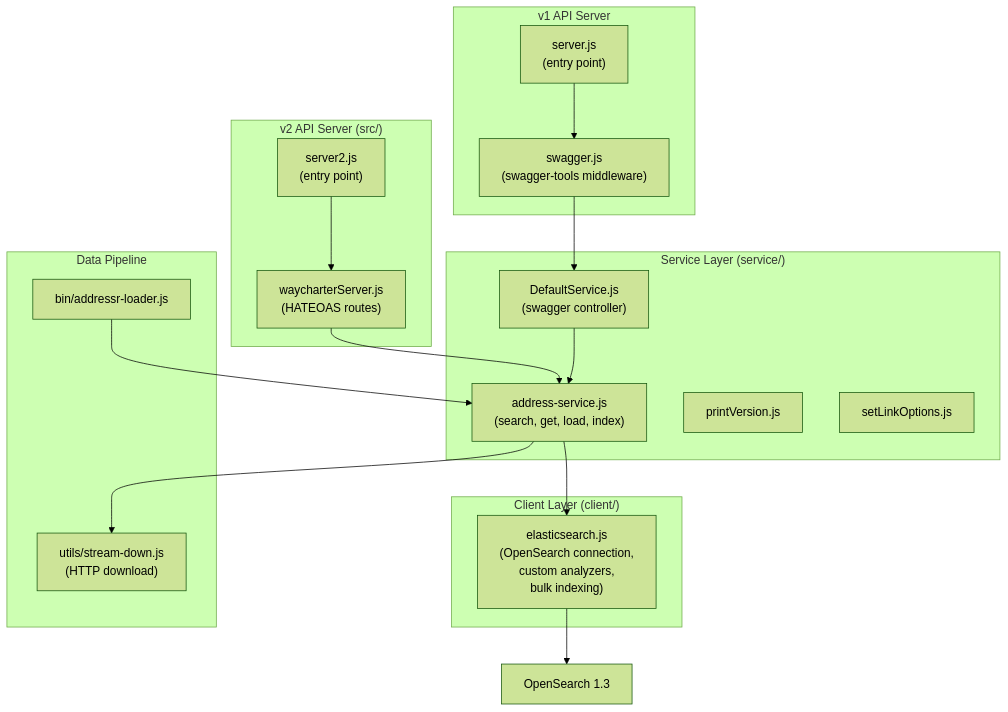
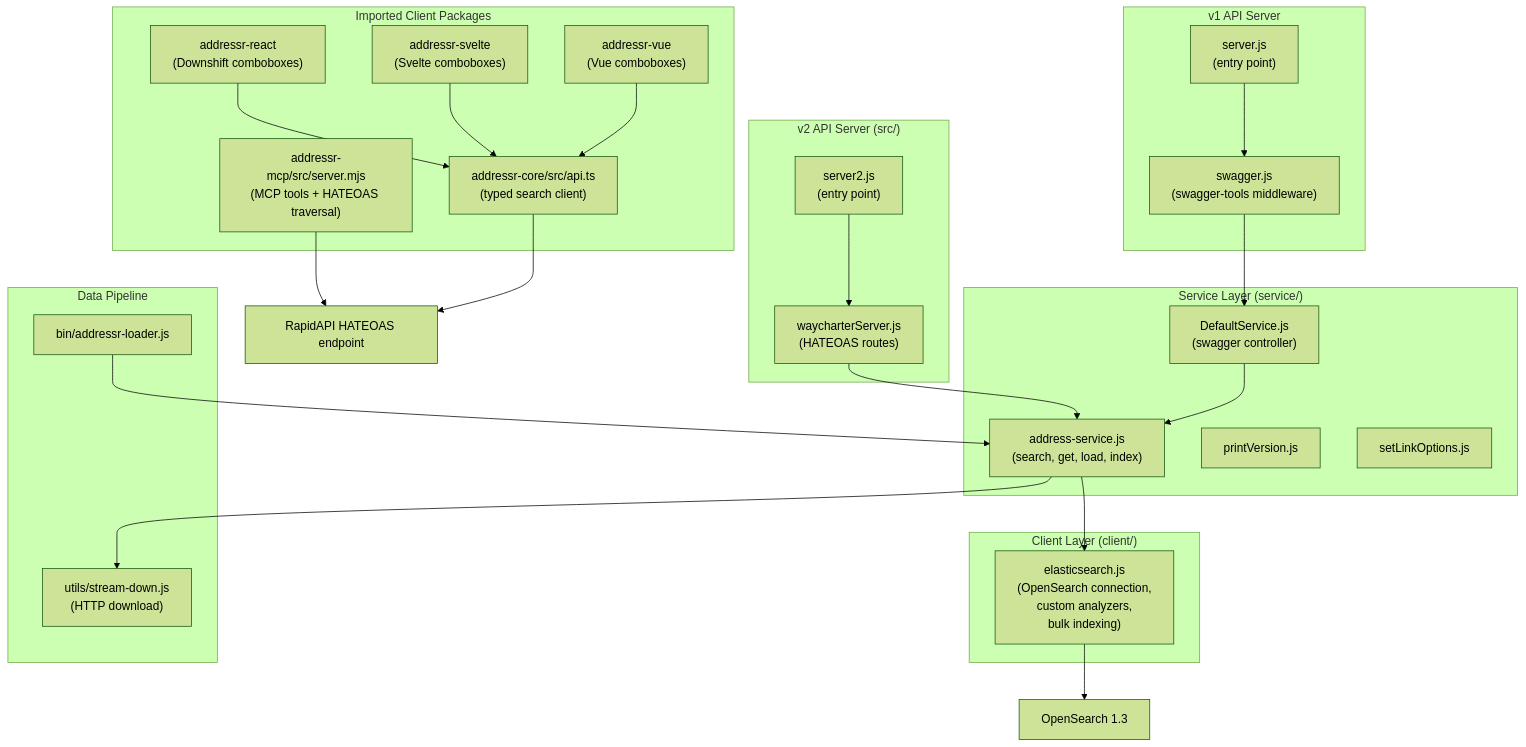
One commit to mountain-pass/addressr changed the third of 7 diagrams in docs/architecture/C4_MODEL.md. Above: the diagram before and after it, drawn with Mermaid (forest theme). The commit also changed other lines of this file and 138 other files, not shown here.

Commit message:
feat: consolidate MCP and UI packages

````diff
--- a/docs/architecture/C4_MODEL.md
+++ b/docs/architecture/C4_MODEL.md
@@ -82,40 +100,55 @@
 ```mermaid
 flowchart TB
   subgraph api["v2 API Server (src/)"]
     server2["server2.js<br/>(entry point)"]
     waycharter["waycharterServer.js<br/>(HATEOAS routes)"]
   end
 
   subgraph service["Service Layer (service/)"]
     addressService["address-service.js<br/>(search, get, load, index)"]
     defaultService["DefaultService.js<br/>(swagger controller)"]
     printVersion["printVersion.js"]
     setLinkOptions["setLinkOptions.js"]
   end
 
   subgraph client["Client Layer (client/)"]
     esClient["elasticsearch.js<br/>(OpenSearch connection,<br/>custom analyzers,<br/>bulk indexing)"]
   end
 
   subgraph data["Data Pipeline"]
     loaderBin["bin/addressr-loader.js"]
     streamDown["utils/stream-down.js<br/>(HTTP download)"]
   end
 
   subgraph swagger["v1 API Server"]
     serverV1["server.js<br/>(entry point)"]
     swaggerDef["swagger.js<br/>(swagger-tools middleware)"]
   end
 
   opensearch["OpenSearch 1.3"]
 
+  subgraph clients["Imported Client Packages"]
+    mcpServer["addressr-mcp/src/server.mjs<br/>(MCP tools + HATEOAS traversal)"]
+    coreSdk["addressr-core/src/api.ts<br/>(typed search client)"]
+    reactAdapter["addressr-react<br/>(Downshift comboboxes)"]
+    svelteAdapter["addressr-svelte<br/>(Svelte comboboxes)"]
+    vueAdapter["addressr-vue<br/>(Vue comboboxes)"]
+  end
+
+  rapidapi["RapidAPI HATEOAS endpoint"]
+
   server2 --> waycharter
   waycharter --> addressService
   serverV1 --> swaggerDef
   swaggerDef --> defaultService
   defaultService --> addressService
   addressService --> esClient
   loaderBin --> addressService
   addressService --> streamDown
   esClient --> opensearch
+  mcpServer --> rapidapi
+  coreSdk --> rapidapi
+  reactAdapter --> coreSdk
+  svelteAdapter --> coreSdk
+  vueAdapter --> coreSdk
 ```
````
